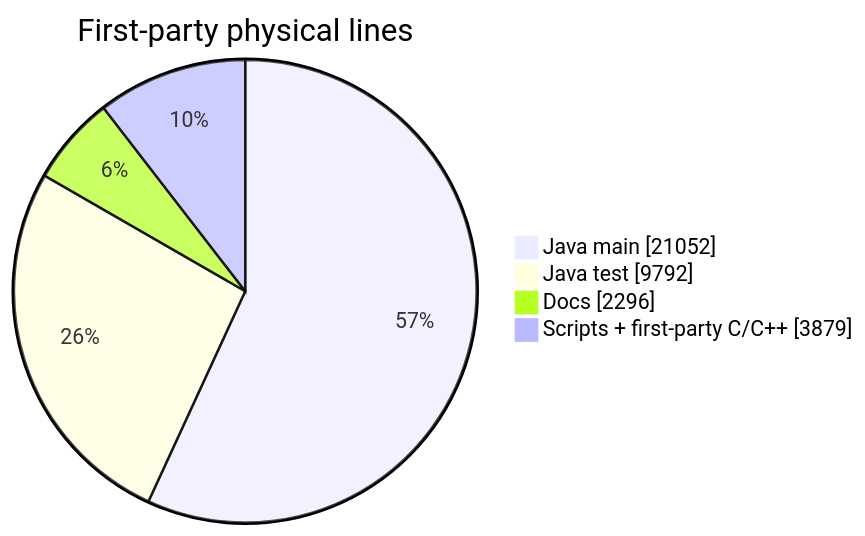
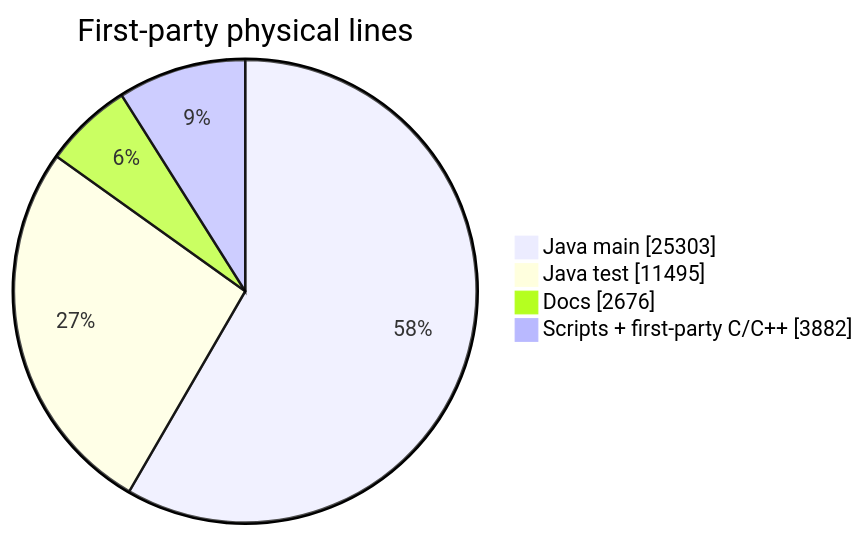
The first of 2 diagrams in docs/stats.md (chris-piekarski/hot-iron), drawn with Mermaid before and after one commit. The commit also changed other lines of this file and 94 other files, not shown here.

````diff
--- a/docs/stats.md
+++ b/docs/stats.md
@@ -30,8 +30,8 @@
 ```mermaid
 pie showData
     title First-party physical lines
-    "Java main" : 21052
-    "Java test" : 9792
-    "Docs" : 2296
-    "Scripts + first-party C/C++" : 3879
+    "Java main" : 25303
+    "Java test" : 11495
+    "Docs" : 2676
+    "Scripts + first-party C/C++" : 3882
 ```
````
